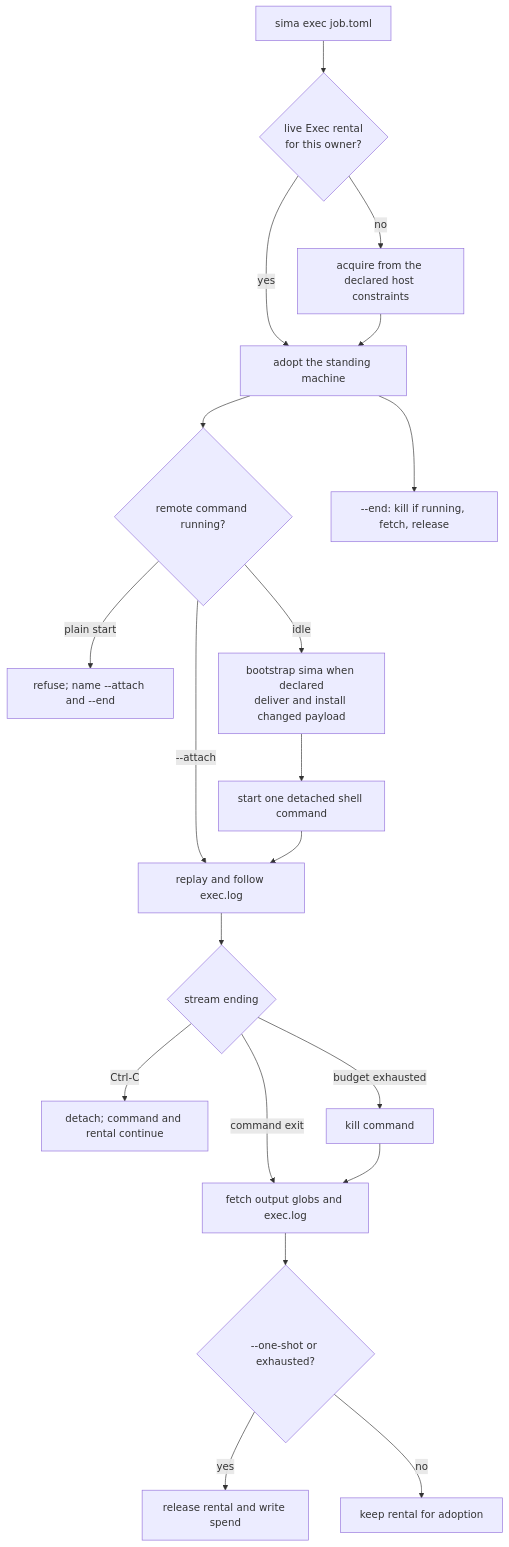
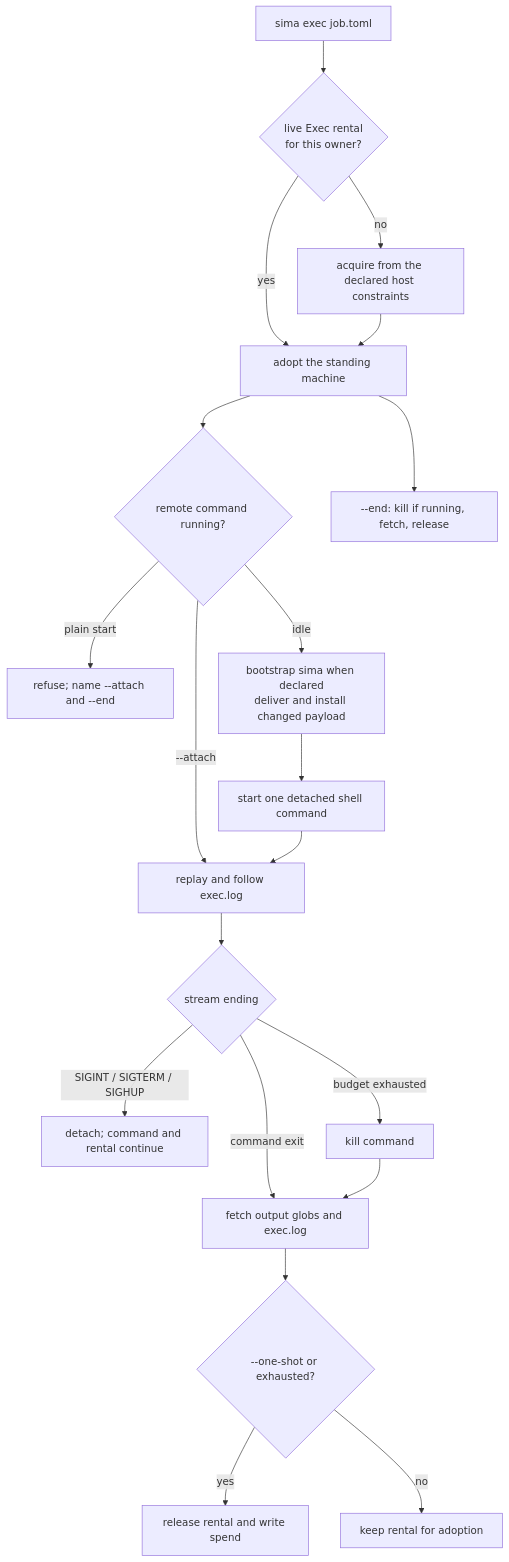
The fourth of 4 diagrams in docs/architecture.md (alvatar/sima), drawn with Mermaid before and after one commit. The commit also changed other lines of this file, not shown here.

Commit message:
docs: align rental lifecycle architecture

````diff
--- a/docs/architecture.md
+++ b/docs/architecture.md
@@ -2762,22 +2772,22 @@
 ```mermaid
 flowchart TD
     A["sima exec job.toml"] --> B{"live Exec rental<br/>for this owner?"}
     B -- yes --> C["adopt the standing machine"]
     B -- no --> D["acquire from the declared host constraints"]
     D --> C
     C --> E{"remote command running?"}
     E -- "plain start" --> F["refuse; name --attach and --end"]
     E -- "--attach" --> G["replay and follow exec.log"]
     E -- idle --> H["bootstrap sima when declared<br/>deliver and install changed payload"]
     H --> I["start one detached shell command"]
     I --> G
     G --> J{"stream ending"}
-    J -- "Ctrl-C" --> K["detach; command and rental continue"]
+    J -- "SIGINT / SIGTERM / SIGHUP" --> K["detach; command and rental continue"]
     J -- "command exit" --> L["fetch output globs and exec.log"]
     J -- "budget exhausted" --> M["kill command"]
     M --> L
     L --> N{"--one-shot or exhausted?"}
     N -- yes --> O["release rental and write spend"]
     N -- no --> P["keep rental for adoption"]
     C --> Q["--end: kill if running, fetch, release"]
 ```
````
